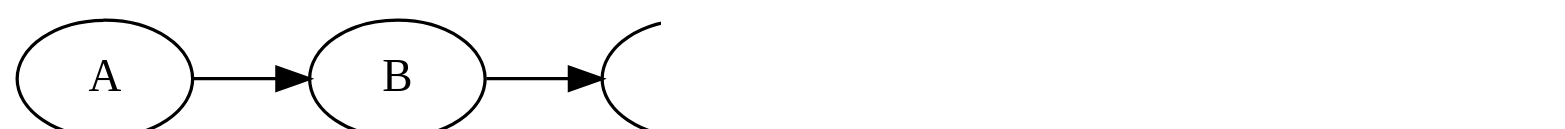
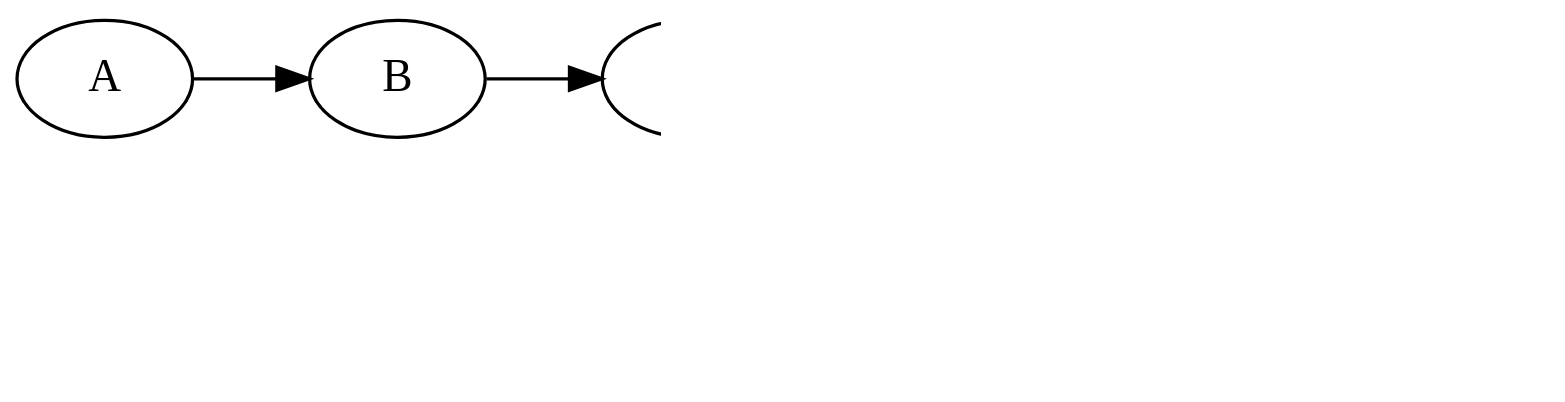
The fifth of 14 diagrams in slides/src/main/asciidoc/lecture.adoc (inponomarev/kstreams-testing-pitfalls), drawn with Graphviz before and after one commit. The commit also changed other lines of this file, not shown here.

Commit message:
improve diagrams

```diff
--- a/slides/src/main/asciidoc/lecture.adoc
+++ b/slides/src/main/asciidoc/lecture.adoc
@@ -267,16 +277,27 @@
 [graphviz,"wrong-topology2.png"]
 ----
 digraph G {
 graph [ dpi = 180 ];
 rankdir="LR";
 
 A1[label="A"];
 B1[label="B"];
 A2[label="A"];
 B2[label="B"];
 
-A1 -> B1 -> B2 -> Kafka -> A2 ;
+A1 -> B1 -> B2 -> Reduce -> A2 ;
 
-Kafka[shape=box,label="reduce \n (l, r) → <STOP>"]
+Reduce[shape=box,label="reduce \n (l, r) → <STOP>"];
+
+Store[shape=cylinder,label=<<table cellspacing="5" cellborder="0"  border="0">
+        <tr><td colspan="2">Local Store</td></tr>
+        <tr><td>A</td><vr/><td>A</td></tr>
+        </table>>];
+
+Reduce->Store;
+
+{rank = same; Store; Reduce; }
+
+
 }
 ----
```
